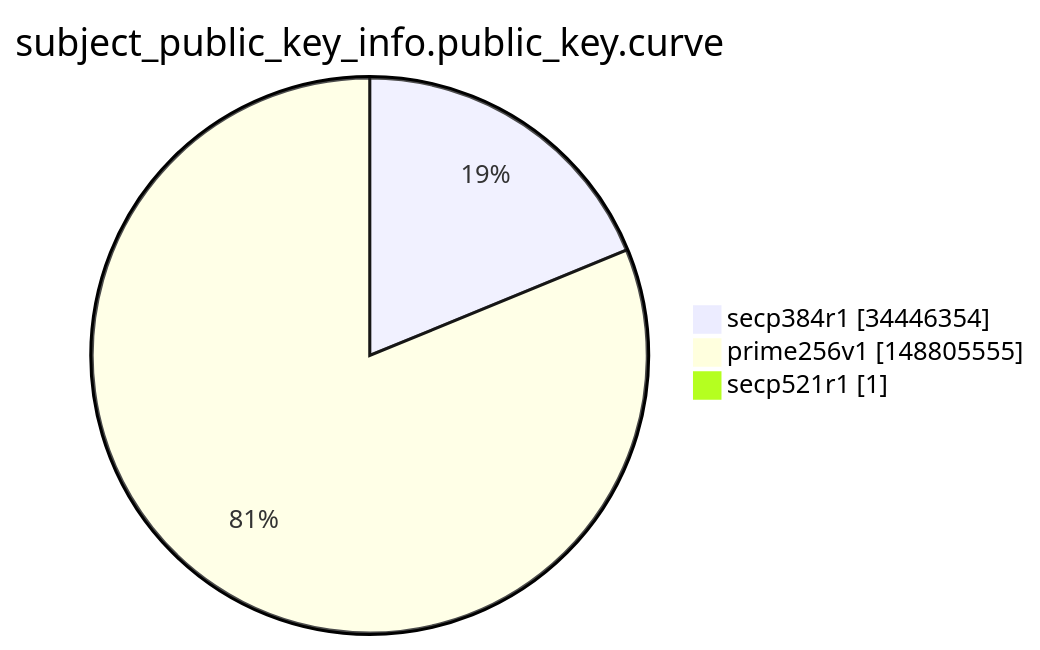
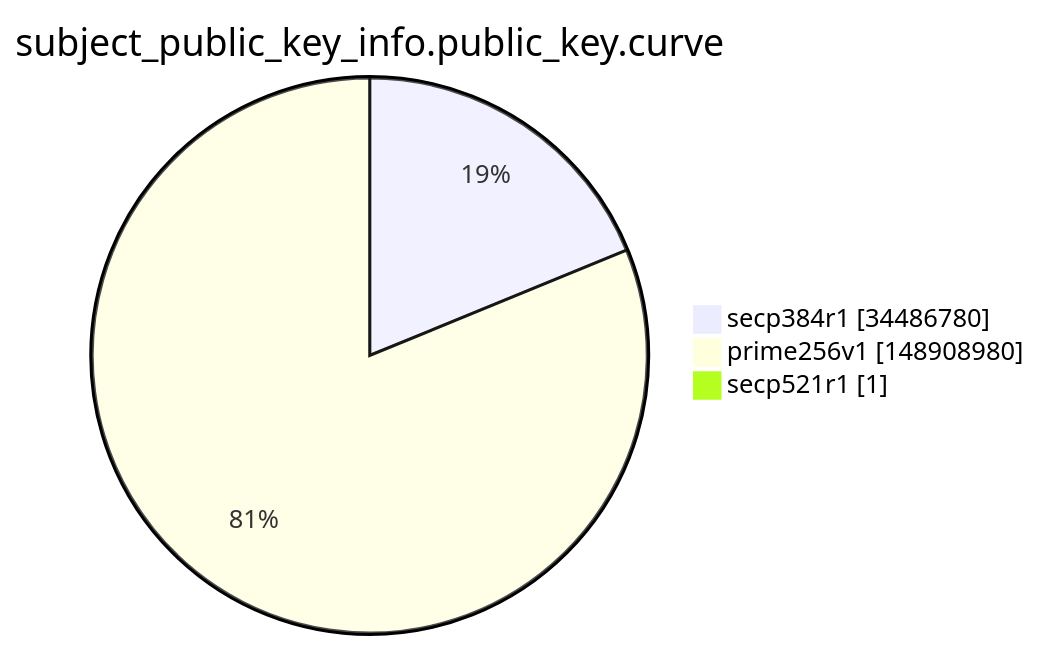
The ninth of 15 diagrams in argon2022/README.md (christiankrug/ctmonitor_visualization), drawn with Mermaid before and after one commit. The commit also changed other lines of this file, not shown here.

````diff
--- a/argon2022/README.md
+++ b/argon2022/README.md
@@ -2764,7 +2764,7 @@
 ```mermaid
 pie showData
 title subject_public_key_info.public_key.curve
-"secp384r1" :34446354
-"prime256v1" :148805555
+"secp384r1" :34486780
+"prime256v1" :148908980
 "secp521r1" :1
 ```
````
